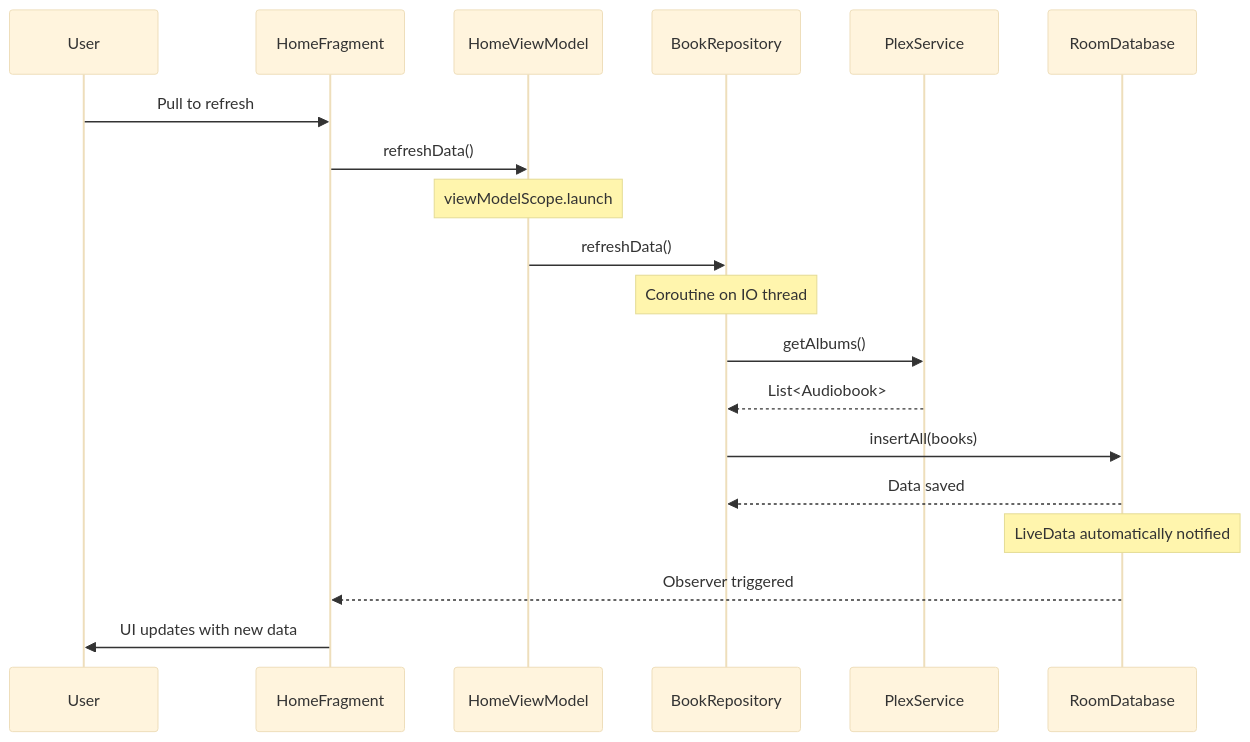
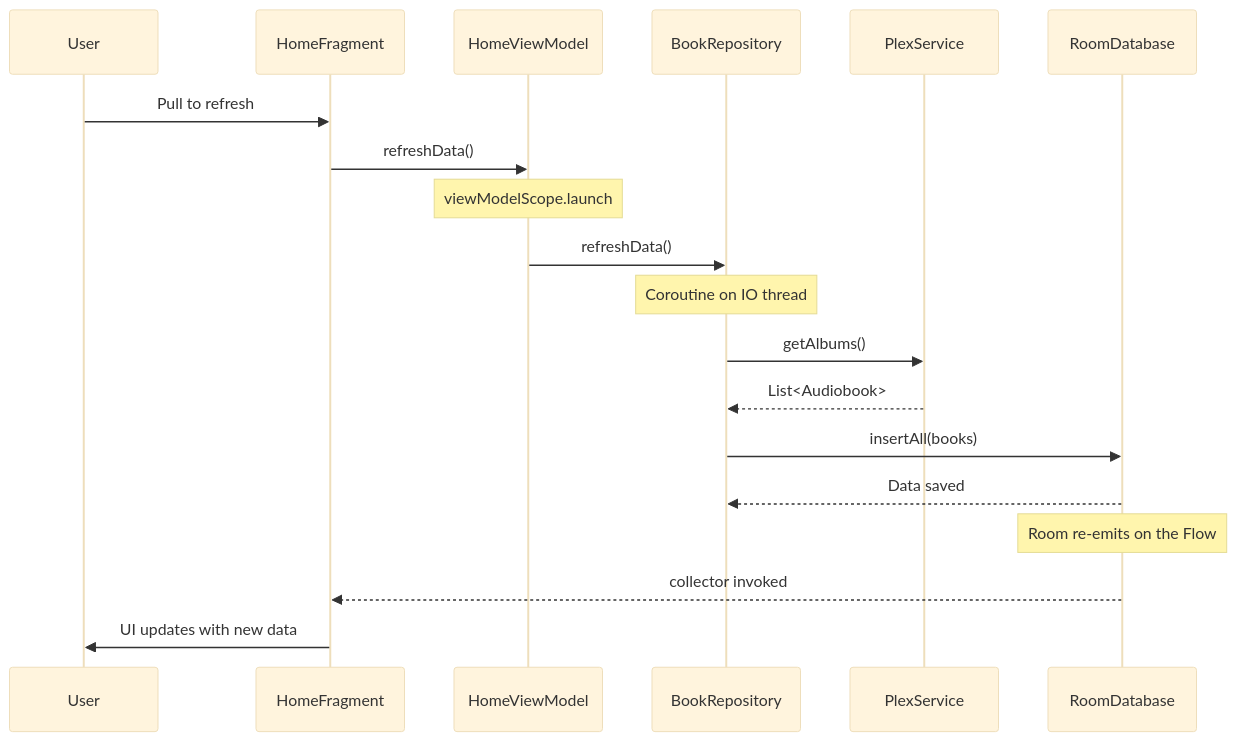
Before and after one commit to alebianco/chronicle: the third of 6 diagrams in backlog/docs/reference/05-data-flow.md, drawn with Mermaid (base theme). The commit also changed other lines of this file and 7 other files, not shown here.

````diff
--- a/backlog/docs/reference/05-data-flow.md
+++ b/backlog/docs/reference/05-data-flow.md
@@ -93,22 +98,22 @@
 ```mermaid
 sequenceDiagram
     participant User
     participant HomeFragment
     participant HomeViewModel
     participant BookRepository
     participant PlexService
     participant RoomDatabase
     
     User->>HomeFragment: Pull to refresh
     HomeFragment->>HomeViewModel: refreshData()
     Note over HomeViewModel: viewModelScope.launch
     HomeViewModel->>BookRepository: refreshData()
     Note over BookRepository: Coroutine on IO thread
     BookRepository->>PlexService: getAlbums()
     PlexService-->>BookRepository: List<Audiobook>
     BookRepository->>RoomDatabase: insertAll(books)
     RoomDatabase-->>BookRepository: Data saved
-    Note over RoomDatabase: LiveData automatically notified
-    RoomDatabase-->>HomeFragment: Observer triggered
+    Note over RoomDatabase: Room re-emits on the Flow
+    RoomDatabase-->>HomeFragment: collector invoked
     HomeFragment->>User: UI updates with new data
 ```
````
